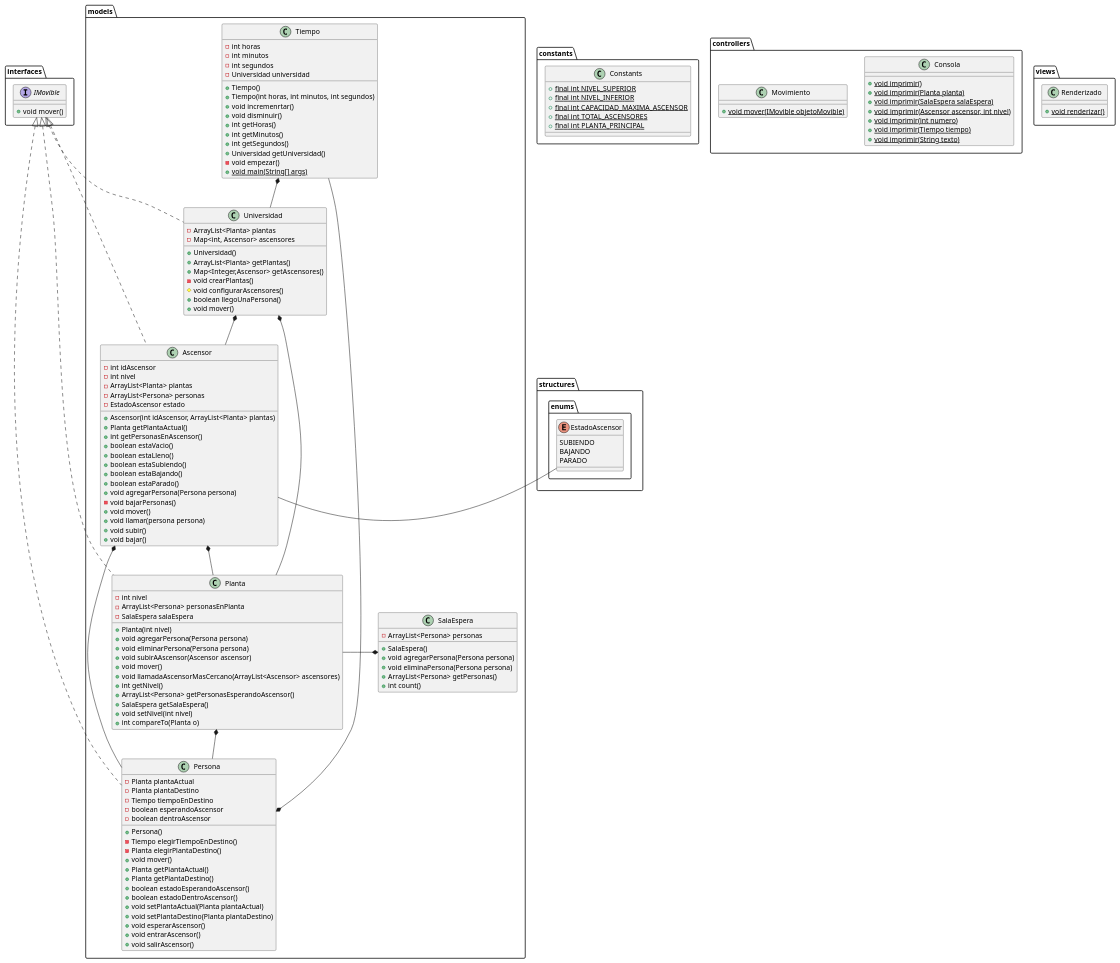
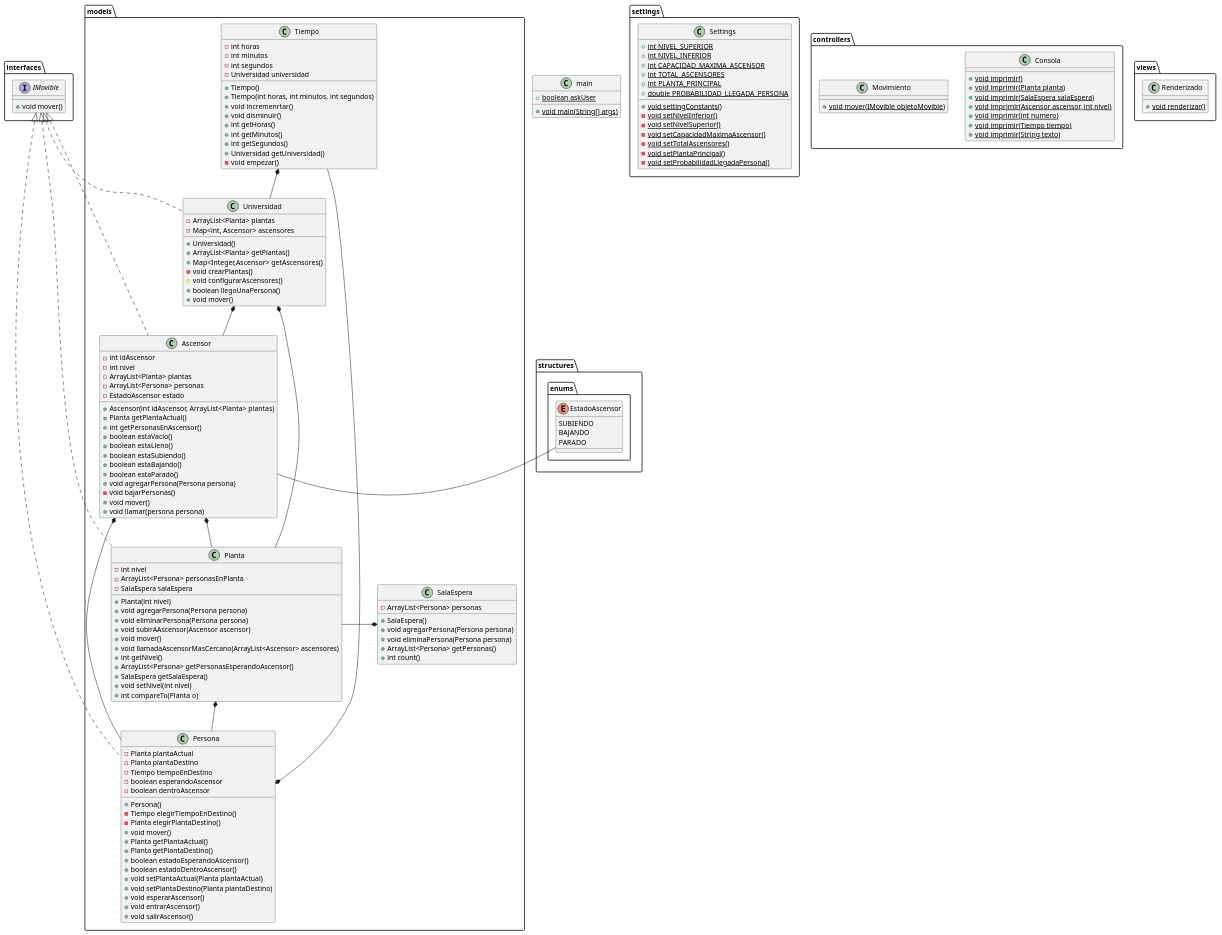
One commit to mmasias/IdSw2-22-23 changed the diagram in entregas/Grupo4/v2/ModeloDelDominio/diagramaDeClases.puml. Above: the diagram before and after it, drawn with PlantUML. The commit also changed 12 other files, not shown here.

Commit message:
feat: update diagramas and code for final exam send

```diff
--- a/entregas/Grupo4/v2/ModeloDelDominio/diagramaDeClases.puml
+++ b/entregas/Grupo4/v2/ModeloDelDominio/diagramaDeClases.puml
@@ -1,150 +1,161 @@
 @startuml modeloDelDominio
 
-class "constants.Constants" {
-  + {static} final int NIVEL_SUPERIOR
-  + {static} final int NIVEL_INFERIOR
-  + {static} final int CAPACIDAD_MAXIMA_ASCENSOR
-  + {static} final int TOTAL_ASCENSORES
-  + {static} final int PLANTA_PRINCIPAL
+class "settings.Settings" {
+  + {static} int NIVEL_SUPERIOR
+  + {static} int NIVEL_INFERIOR
+  + {static} int CAPACIDAD_MAXIMA_ASCENSOR
+  + {static} int TOTAL_ASCENSORES
+  + {static} int PLANTA_PRINCIPAL
+  + {static} double PROBABILIDAD_LLEGADA_PERSONA
+
+  + {static} void settingConstants()
+  - {static} void setNivelInferior()
+  - {static} void setNivelSuperior()
+  - {static} void setCapacidadMaximaAscensor()
+  - {static} void setTotalAscensores()
+  - {static} void setPlantaPrincipal()
+  - {static} void setProbabilidadLlegadaPersona()
 }
 
 class "controllers.Consola" {
   + {static} void imprimir()
   + {static} void imprimir(Planta planta)
   + {static} void imprimir(SalaEspera salaEspera)
   + {static} void imprimir(Ascensor ascensor, int nivel)
   + {static} void imprimir(int numero)
   + {static} void imprimir(Tiempo tiempo)
   + {static} void imprimir(String texto)
 }
 
 class "controllers.Movimiento" {
   + {static} void mover(IMovible objetoMovible)
 }
 
 interface "interfaces.IMovible" {
   + void mover()
 }
 
 class "models.Persona" implements "interfaces.IMovible" {
     - Planta plantaActual
     - Planta plantaDestino
     - Tiempo tiempoEnDestino
     - boolean esperandoAscensor
     - boolean dentroAscensor
     + Persona()
     - Tiempo elegirTiempoEnDestino()
     - Planta elegirPlantaDestino()
     + void mover()
     + Planta getPlantaActual()
     + Planta getPlantaDestino()
     + boolean estadoEsperandoAscensor()
     + boolean estadoDentroAscensor()
     + void setPlantaActual(Planta plantaActual)
     + void setPlantaDestino(Planta plantaDestino)
     + void esperarAscensor()
     + void entrarAscensor()
     + void salirAscensor()
 }
 
 enum "structures.enums.EstadoAscensor" {
     SUBIENDO
     BAJANDO
     PARADO
 }
 
 class "models.Tiempo" {
     - int horas
     - int minutos
     - int segundos 
     - Universidad universidad
     + Tiempo()
     + Tiempo(int horas, int minutos, int segundos)
     + void incremenrtar()
     + void disminuir()
     + int getHoras()
     + int getMinutos()
     + int getSegundos()
     + Universidad getUniversidad()
     - void empezar()
-    + {static} void main(String[] args)
 }
 
 
 class "models.Planta" implements "interfaces.IMovible" {
     - int nivel
     - ArrayList<Persona> personasEnPlanta
     - SalaEspera salaEspera
     + Planta(int nivel)
     + void agregarPersona(Persona persona)
     + void eliminarPersona(Persona persona)
     + void subirAAscensor(Ascensor ascensor)
     + void mover()
     + void llamadaAscensorMasCercano(ArrayList<Ascensor> ascensores)
     + int getNivel()
     + ArrayList<Persona> getPersonasEsperandoAscensor()
     + SalaEspera getSalaEspera()
     + void setNivel(int nivel)
     + int compareTo(Planta o)
 }
 
 
 class "models.Ascensor" implements "interfaces.IMovible" {
     - int idAscensor
     - int nivel
     - ArrayList<Planta> plantas
     - ArrayList<Persona> personas
     - EstadoAscensor estado
     + Ascensor(int idAscensor, ArrayList<Planta> plantas)
     + Planta getPlantaActual()
     + int getPersonasEnAscensor()
     + boolean estaVacio()
     + boolean estaLleno()
     + boolean estaSubiendo()
     + boolean estaBajando()
     + boolean estaParado() 
     + void agregarPersona(Persona persona)
     - void bajarPersonas()
     + void mover()
     + void llamar(persona persona)
-    + void subir()
-    + void bajar()
 }
 
 
 class "models.Universidad" implements "interfaces.IMovible" {
     - ArrayList<Planta> plantas
     - Map<int, Ascensor> ascensores
     + Universidad()
     + ArrayList<Planta> getPlantas()
     + Map<Integer,Ascensor> getAscensores()
     - void crearPlantas()
     # void configurarAscensores()
     + boolean llegoUnaPersona()
     + void mover()
 }
 
 class "models.SalaEspera" {
   - ArrayList<Persona> personas
   + SalaEspera()
   + void agregarPersona(Persona persona)
   + void eliminaPersona(Persona persona)
   + ArrayList<Persona> getPersonas()
   + int count()
 }
 
 class views.Renderizado {
   + {static} void renderizar()
 }
 
+class main {
+  + {static} void main(String[] args)
+  + {static} boolean askUser
+}
+
 Ascensor *--d Persona 
 Ascensor *--d Planta 
 Ascensor ---r "structures.enums.EstadoAscensor"
 Universidad *-- Ascensor 
 Universidad *-- Planta
 Planta *--d Persona 
 SalaEspera *--l Planta
 Persona *---u Tiempo 
 Tiempo *--d Universidad
 
 @enduml
```
